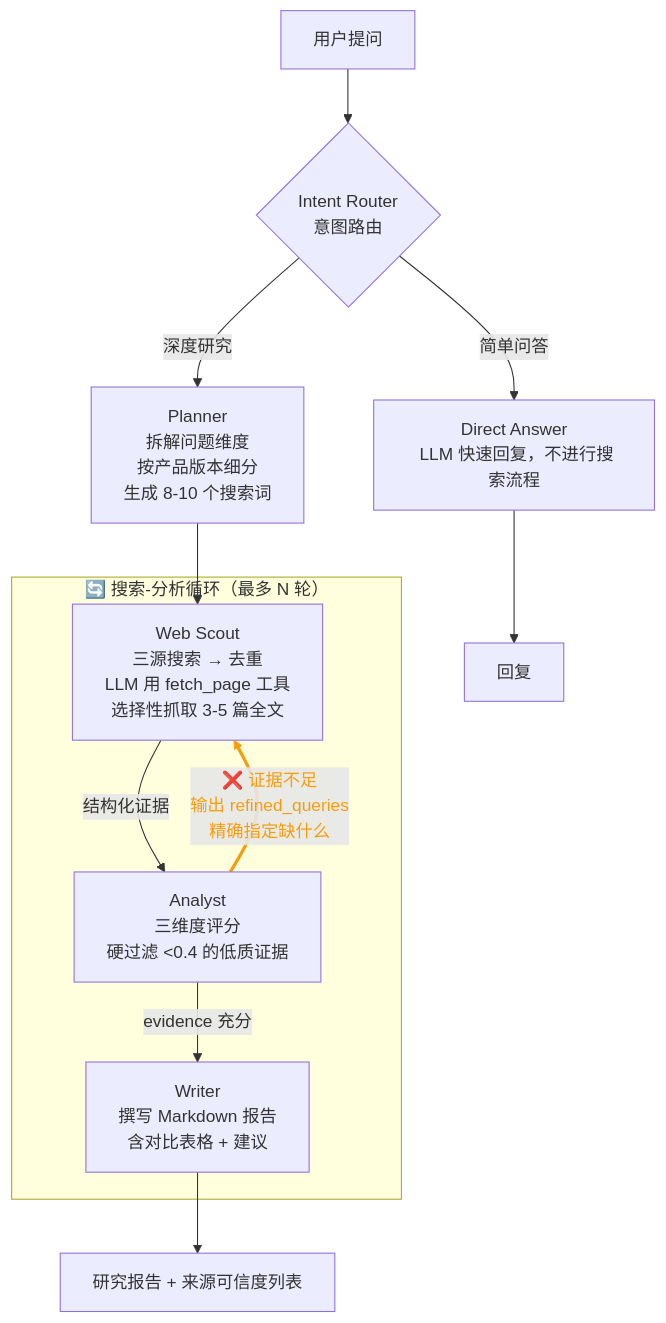
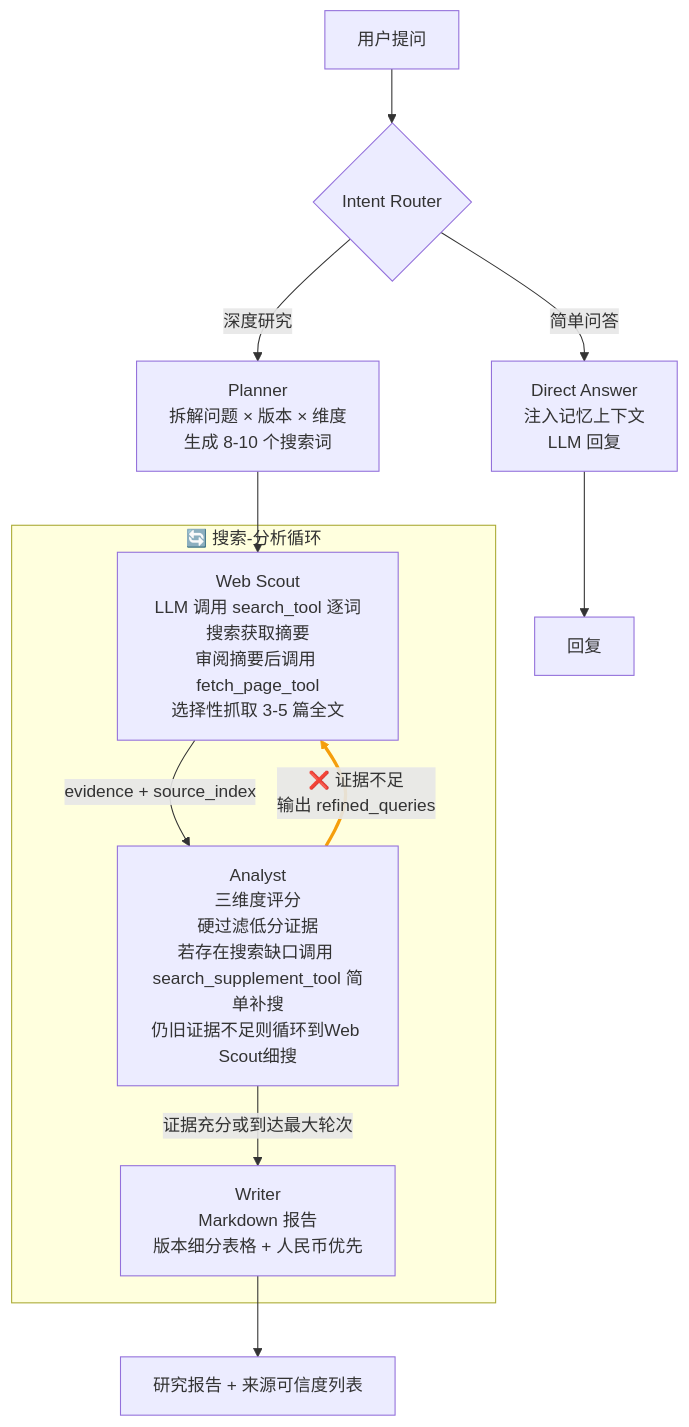
Before and after one commit to 2464404039/deep-research: the diagram in README.md, drawn with Mermaid. The commit also changed other lines of this file and 5 other files, not shown here.

Commit message:
refactor: remove ARCHITECTURE.md, update app logic

````diff
--- a/README.md
+++ b/README.md
@@ -21,24 +17,23 @@
 ```mermaid
 flowchart TD
-    U[用户提问] --> IR{Intent Router<br>意图路由}
+    U[用户提问] --> IR{Intent Router}
 
-    IR -->|"简单问答"| DA[Direct Answer<br> LLM 快速回复，不进行搜索流程]
-    IR -->|"深度研究"| PL[Planner<br>拆解问题维度<br>按产品版本细分<br>生成 8-10 个搜索词]
+    IR -->|"简单问答"| DA[Direct Answer<br>注入记忆上下文<br>LLM 回复]
+    IR -->|"深度研究"| PL[Planner<br>拆解问题 × 版本 × 维度<br>生成 8-10 个搜索词]
 
     PL --> WS
 
-    subgraph LOOP["🔄 搜索-分析循环（最多 N 轮）"]
-        WS[Web Scout<br>三源搜索 → 去重<br>LLM 用 fetch_page 工具<br>选择性抓取 3-5 篇全文]
-        WS -->|"结构化证据"| AN[Analyst<br>三维度评分<br>硬过滤 &lt;0.4 的低质证据]
+    subgraph LOOP["🔄 搜索-分析循环"]
+        WS[Web Scout<br>LLM 调用 search_tool 逐词搜索获取摘要<br>审阅摘要后调用 fetch_page_tool<br>选择性抓取 3-5 篇全文]
+        WS -->|"evidence + source_index"| AN[Analyst<br>三维度评分<br>硬过滤低分证据<br>若存在搜索缺口调用 search_supplement_tool 简单补搜<br>仍旧证据不足则循环到Web Scout细搜]
 
-        AN -->|"evidence 充分"| WR
-        AN -->|"❌ 证据不足<br>输出 refined_queries<br>精确指定缺什么"| WS
+        AN -->|"证据充分或到达最大轮次"| WR
+        AN -->|"❌ 证据不足<br>输出 refined_queries"| WS
     end
 
-    WR[Writer<br>撰写 Markdown 报告<br>含对比表格 + 建议]
+    WR[Writer<br>Markdown 报告<br>版本细分表格 + 人民币优先]
     DA --> OUT[回复]
     WR --> OUT2[研究报告 + 来源可信度列表]
 
-    %% 高亮循环回路
-    linkStyle 6 stroke:#f59e0b,stroke-width:3px,color:#f59e0b
+    linkStyle 6 stroke:#f59e0b,stroke-width:3px
 ```
````
